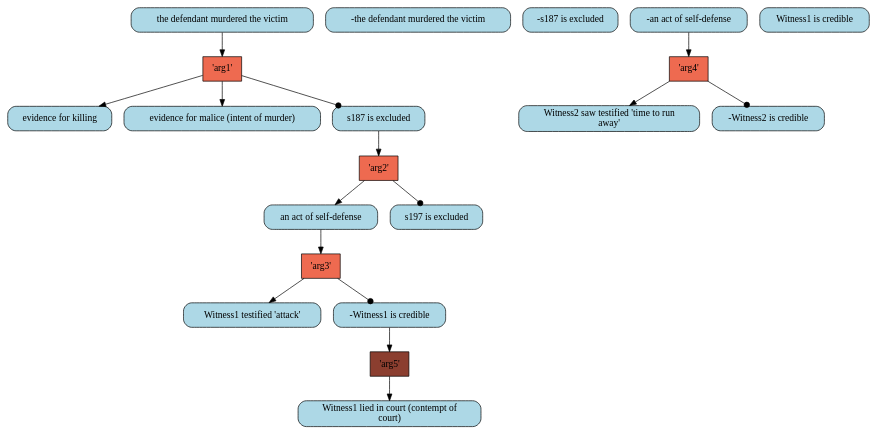
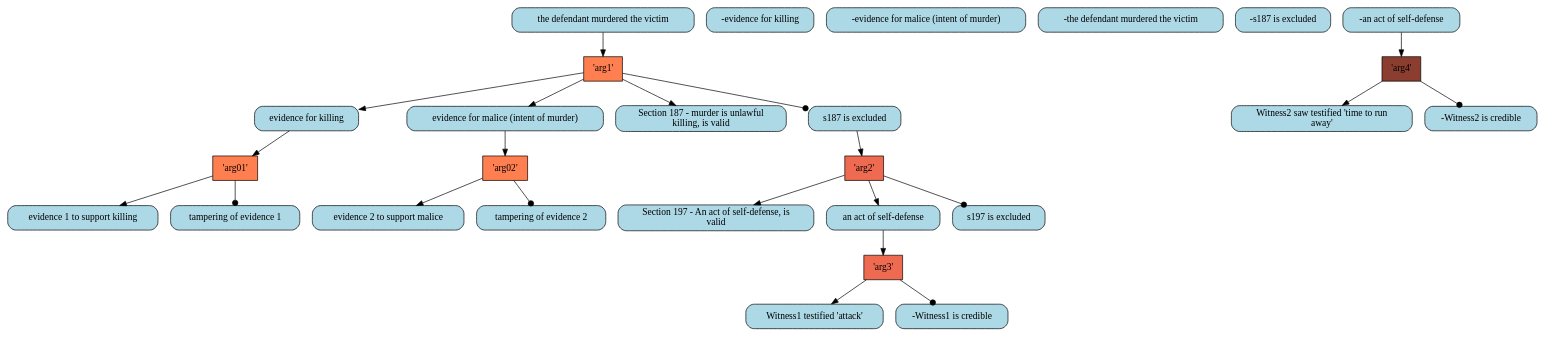
One commit to goweiting/carneades-ext changed the diagram in system/dot/example2.yml.dot. Above: the diagram before and after it, drawn with Graphviz. The commit also changed 7 other files, not shown here.

```diff
--- a/system/dot/example2.yml.dot
+++ b/system/dot/example2.yml.dot
@@ -1,37 +1,50 @@
 digraph G{ 
-"'arg1'" [color="black", fillcolor="coral2",fixedsize=false, shape=box, style="filled"]; 
+"'arg01'" [color="black", fillcolor="coral",fixedsize=false, shape=box, style="filled"]; 
+"evidence for killing" [color="black", fillcolor="lightblue", fixedsize=false,  shape="box", style="rounded,filled"]; 
+"-evidence for killing" [color="black", fillcolor="lightblue", fixedsize=false,  shape="box", style="rounded,filled"]; 
+"evidence 1 to support killing" [color="black", fillcolor="lightblue", fixedsize=false,  shape="box", style="rounded,filled"]; 
+"tampering of evidence 1" [color="black", fillcolor="lightblue", fixedsize=false,  shape="box", style="rounded,filled"]; 
+"'arg02'" [color="black", fillcolor="coral",fixedsize=false, shape=box, style="filled"]; 
+"evidence for malice (intent of murder)" [color="black", fillcolor="lightblue", fixedsize=false,  shape="box", style="rounded,filled"]; 
+"-evidence for malice (intent of murder)" [color="black", fillcolor="lightblue", fixedsize=false,  shape="box", style="rounded,filled"]; 
+"evidence 2 to support malice" [color="black", fillcolor="lightblue", fixedsize=false,  shape="box", style="rounded,filled"]; 
+"tampering of evidence 2" [color="black", fillcolor="lightblue", fixedsize=false,  shape="box", style="rounded,filled"]; 
+"'arg1'" [color="black", fillcolor="coral",fixedsize=false, shape=box, style="filled"]; 
 "the defendant murdered the victim" [color="black", fillcolor="lightblue", fixedsize=false,  shape="box", style="rounded,filled"]; 
 "-the defendant murdered the victim" [color="black", fillcolor="lightblue", fixedsize=false,  shape="box", style="rounded,filled"]; 
-"evidence for killing" [color="black", fillcolor="lightblue", fixedsize=false,  shape="box", style="rounded,filled"]; 
-"evidence for malice (intent of murder)" [color="black", fillcolor="lightblue", fixedsize=false,  shape="box", style="rounded,filled"]; 
+"Section 187 - murder is unlawful\nkilling, is valid" [color="black", fillcolor="lightblue", fixedsize=false,  shape="box", style="rounded,filled"]; 
 "s187 is excluded" [color="black", fillcolor="lightblue", fixedsize=false,  shape="box", style="rounded,filled"]; 
 "'arg2'" [color="black", fillcolor="coral2",fixedsize=false, shape=box, style="filled"]; 
 "-s187 is excluded" [color="black", fillcolor="lightblue", fixedsize=false,  shape="box", style="rounded,filled"]; 
+"Section 197 - An act of self-defense, is\nvalid" [color="black", fillcolor="lightblue", fixedsize=false,  shape="box", style="rounded,filled"]; 
 "an act of self-defense" [color="black", fillcolor="lightblue", fixedsize=false,  shape="box", style="rounded,filled"]; 
 "s197 is excluded" [color="black", fillcolor="lightblue", fixedsize=false,  shape="box", style="rounded,filled"]; 
 "'arg3'" [color="black", fillcolor="coral2",fixedsize=false, shape=box, style="filled"]; 
 "-an act of self-defense" [color="black", fillcolor="lightblue", fixedsize=false,  shape="box", style="rounded,filled"]; 
 "Witness1 testified 'attack'" [color="black", fillcolor="lightblue", fixedsize=false,  shape="box", style="rounded,filled"]; 
 "-Witness1 is credible" [color="black", fillcolor="lightblue", fixedsize=false,  shape="box", style="rounded,filled"]; 
-"'arg4'" [color="black", fillcolor="coral2",fixedsize=false, shape=box, style="filled"]; 
+"'arg4'" [color="black", fillcolor="coral4",fixedsize=false, shape=box, style="filled"]; 
 "Witness2 saw testified 'time to run\naway'" [color="black", fillcolor="lightblue", fixedsize=false,  shape="box", style="rounded,filled"]; 
 "-Witness2 is credible" [color="black", fillcolor="lightblue", fixedsize=false,  shape="box", style="rounded,filled"]; 
-"'arg5'" [color="black", fillcolor="coral4",fixedsize=false, shape=box, style="filled"]; 
-"Witness1 is credible" [color="black", fillcolor="lightblue", fixedsize=false,  shape="box", style="rounded,filled"]; 
-"Witness1 lied in court (contempt of\ncourt)" [color="black", fillcolor="lightblue", fixedsize=false,  shape="box", style="rounded,filled"]; 
+"evidence for killing" -> "'arg01'" ; 
+"'arg01'" -> "evidence 1 to support killing" ; 
+"'arg01'" -> "tampering of evidence 1" [arrowhead=dot] ; 
+"evidence for malice (intent of murder)" -> "'arg02'" ; 
+"'arg02'" -> "evidence 2 to support malice" ; 
+"'arg02'" -> "tampering of evidence 2" [arrowhead=dot] ; 
 "the defendant murdered the victim" -> "'arg1'" ; 
+"'arg1'" -> "Section 187 - murder is unlawful\nkilling, is valid" ; 
 "'arg1'" -> "evidence for killing" ; 
 "'arg1'" -> "evidence for malice (intent of murder)" ; 
 "'arg1'" -> "s187 is excluded" [arrowhead=dot] ; 
 "s187 is excluded" -> "'arg2'" ; 
+"'arg2'" -> "Section 197 - An act of self-defense, is\nvalid" ; 
 "'arg2'" -> "an act of self-defense" ; 
 "'arg2'" -> "s197 is excluded" [arrowhead=dot] ; 
 "an act of self-defense" -> "'arg3'" ; 
 "'arg3'" -> "Witness1 testified 'attack'" ; 
 "'arg3'" -> "-Witness1 is credible" [arrowhead=dot] ; 
 "-an act of self-defense" -> "'arg4'" ; 
 "'arg4'" -> "Witness2 saw testified 'time to run\naway'" ; 
 "'arg4'" -> "-Witness2 is credible" [arrowhead=dot] ; 
-"-Witness1 is credible" -> "'arg5'" ; 
-"'arg5'" -> "Witness1 lied in court (contempt of\ncourt)" ; 
 }
```
